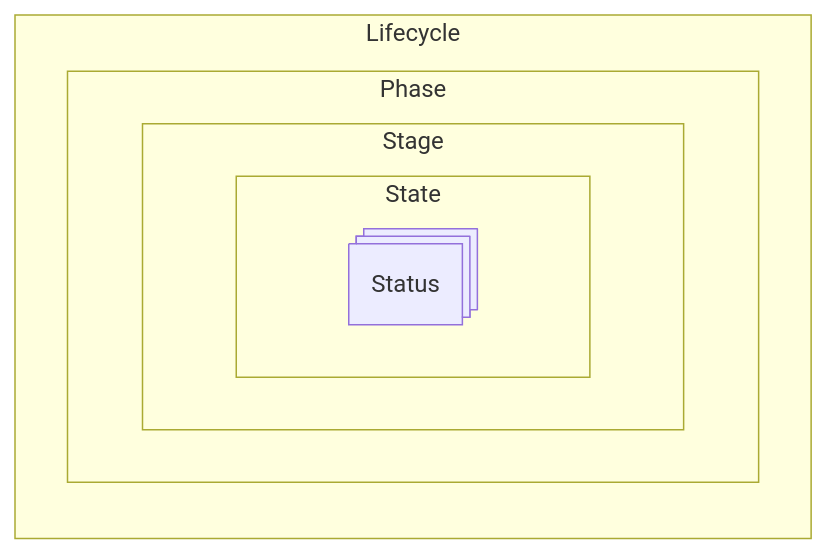
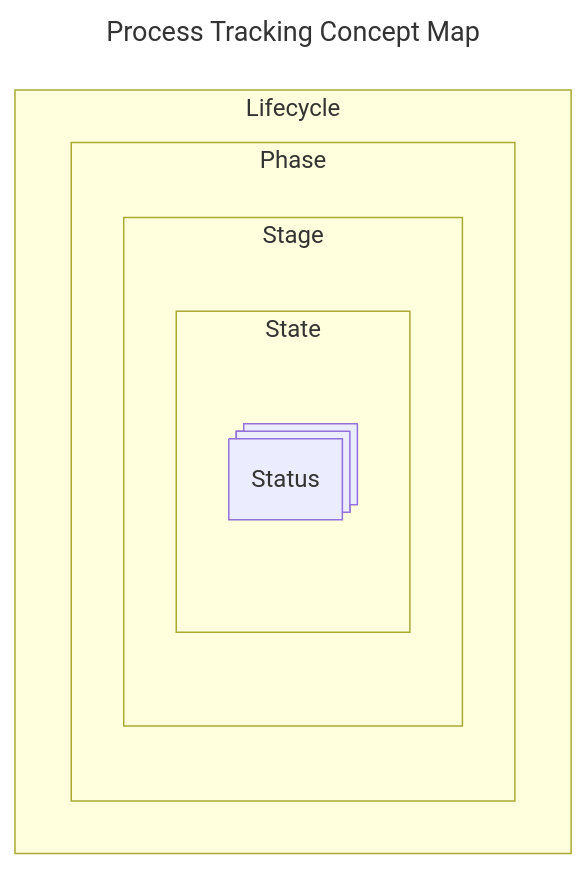
The second of 2 diagrams in docs/intro/terminology.md (bcgov/nr-pies), drawn with Mermaid before and after one commit. The commit also changed other lines of this file, not shown here.

Commit message:
Update Actor-Process graph with more visible bold main path

````diff
--- a/docs/intro/terminology.md
+++ b/docs/intro/terminology.md
@@ -130,15 +134,18 @@
 ```mermaid
-flowchart LR
+---
+title: Process Tracking Concept Map
+---
+flowchart TB
   Status@{ shape: processes }
 
   subgraph Lifecycle
     subgraph Phase
       subgraph Stage
         subgraph State
           Status
         end
       end
     end
   end
 
 ```
````
